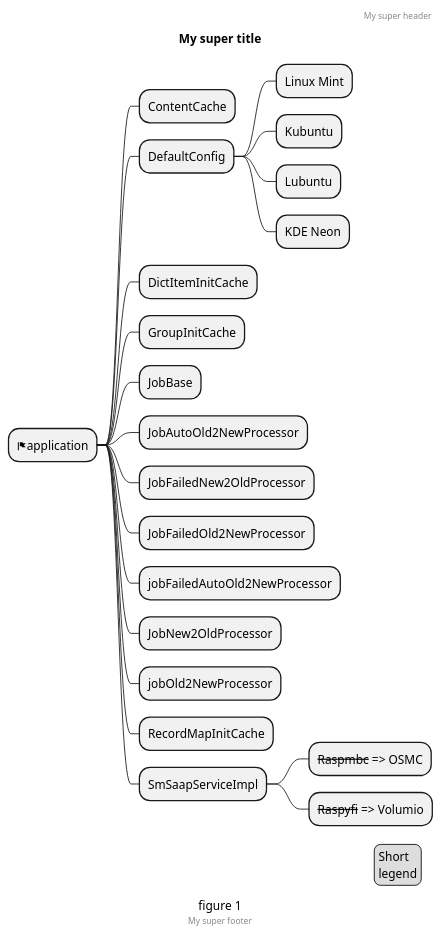
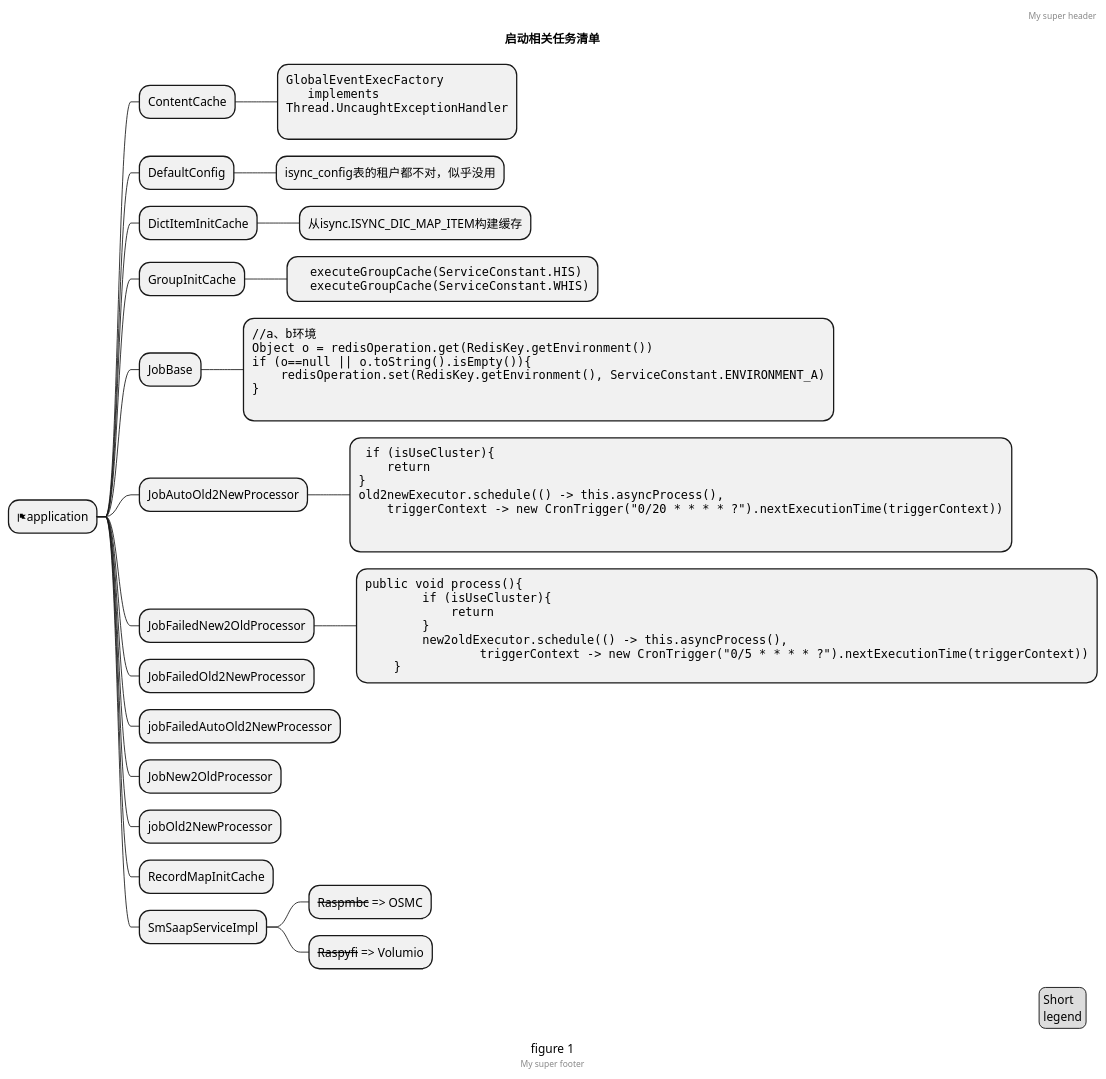
One commit to tommycom-sudo/isme-java-serve8 changed the diagram in src/main/resources/testMindMap.puml. Above: the diagram before and after it, drawn with PlantUML. The commit also changed 1 other file, not shown here.

```diff
--- a/src/main/resources/testMindMap.puml
+++ b/src/main/resources/testMindMap.puml
@@ -1,39 +1,72 @@
 @startmindmap
 'https://plantuml.com/mindmap-diagram
 
 caption figure 1
-title My super title
+title 启动相关任务清单
 
 * <&flag>application
 ** ContentCache
+***:<code>
+GlobalEventExecFactory
+   implements
+Thread.UncaughtExceptionHandler
+</code>
+;
 ** DefaultConfig
-*** Linux Mint
-*** Kubuntu
-*** Lubuntu
-*** KDE Neon
+*** isync_config表的租户都不对，似乎没用
 ** DictItemInitCache
+*** 从isync.ISYNC_DIC_MAP_ITEM构建缓存
 ** GroupInitCache
+***:<code>
+  executeGroupCache(ServiceConstant.HIS)
+  executeGroupCache(ServiceConstant.WHIS)
+</code>;
 ** JobBase
+***:<code>
+//a、b环境
+Object o = redisOperation.get(RedisKey.getEnvironment())
+if (o==null || o.toString().isEmpty()){
+    redisOperation.set(RedisKey.getEnvironment(), ServiceConstant.ENVIRONMENT_A)
+}
+</code>
+;
 ** JobAutoOld2NewProcessor
+***:<code>
+ if (isUseCluster){
+    return
+}
+old2newExecutor.schedule(() -> this.asyncProcess(),
+    triggerContext -> new CronTrigger("0/20 * * * * ?").nextExecutionTime(triggerContext))
+
+;
 ** JobFailedNew2OldProcessor
+***:<code>
+public void process(){
+        if (isUseCluster){
+            return
+        }
+        new2oldExecutor.schedule(() -> this.asyncProcess(),
+                triggerContext -> new CronTrigger("0/5 * * * * ?").nextExecutionTime(triggerContext))
+    }
+</code>;
 ** JobFailedOld2NewProcessor
 ** jobFailedAutoOld2NewProcessor
 ** JobNew2OldProcessor
 ** jobOld2NewProcessor
 ** RecordMapInitCache
 ** SmSaapServiceImpl
 
 *** <s>Raspmbc</s> => OSMC
 *** <s>Raspyfi</s> => Volumio
 
 header
 My super header
 endheader
 
 center footer My super footer
 
 legend right
   Short
   legend
 endlegend
 @endmindmap
```
